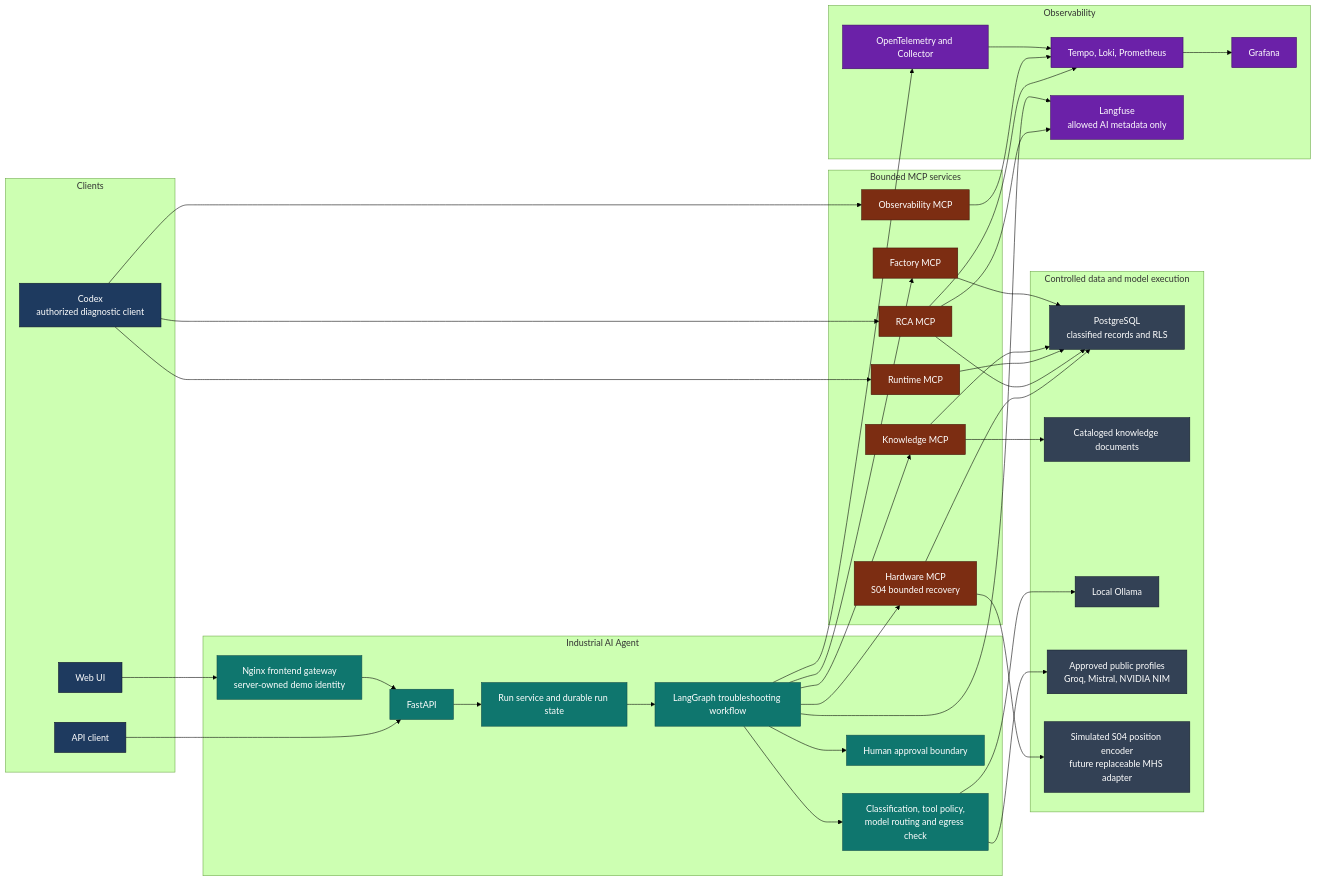
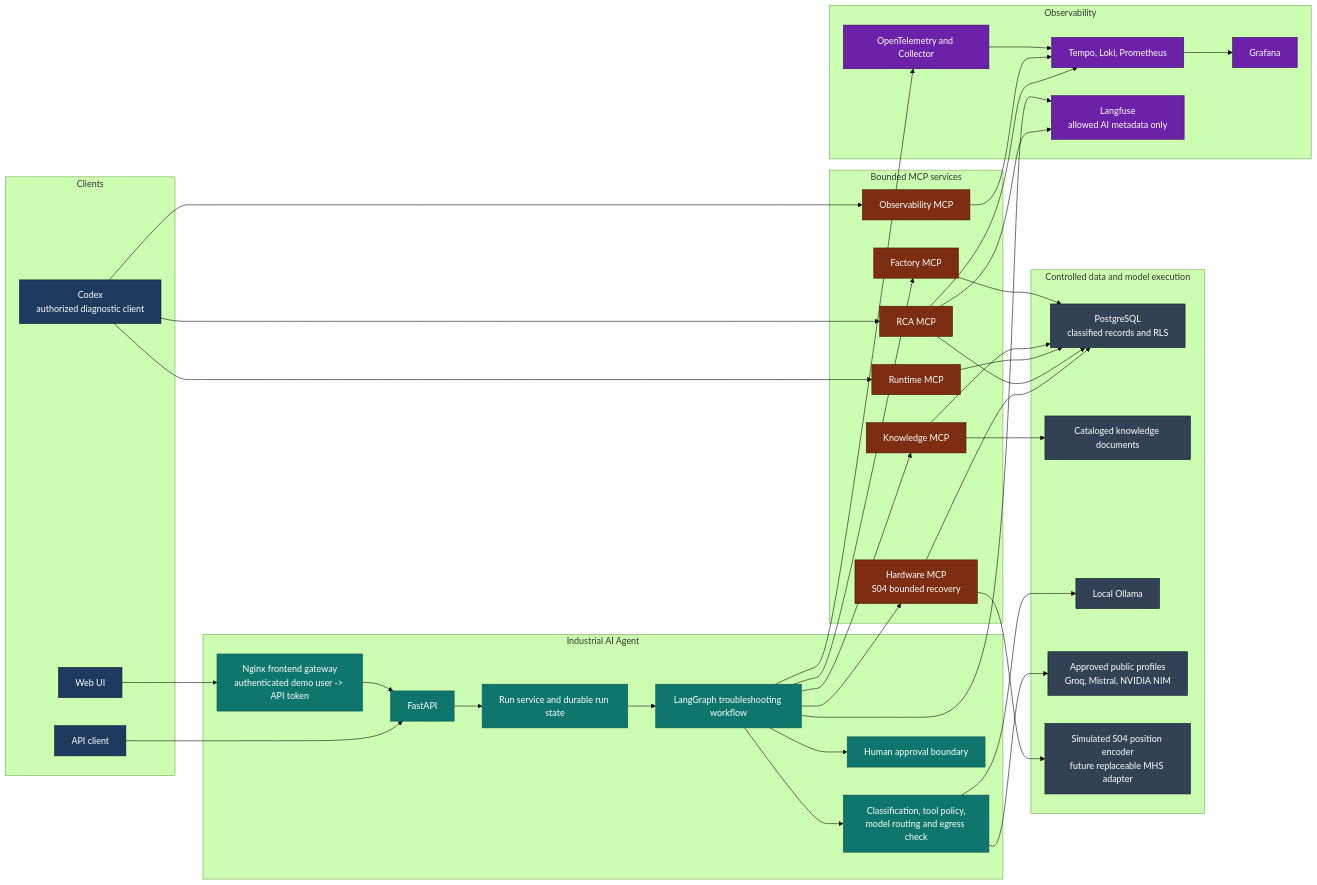
The first of 21 diagrams in docs/architecture/overview.md (aboerzel/industrial-ai-agent), drawn with Mermaid (forest theme) before and after one commit. The commit also changed other lines of this file and 19 other files, not shown here.

````diff
--- a/docs/architecture/overview.md
+++ b/docs/architecture/overview.md
@@ -5,79 +5,79 @@
 ```mermaid
 flowchart LR
     subgraph Clients["Clients"]
         UI["Web UI"]
         APIClient["API client"]
         Codex["Codex<br/>authorized diagnostic client"]
     end
 
     subgraph Application["Industrial AI Agent"]
-        Gateway["Nginx frontend gateway<br/>server-owned demo identity"]
+        Gateway["Nginx frontend gateway<br/>authenticated demo user -> API token"]
         API["FastAPI"]
         Run["Run service and durable run state"]
         Agent["LangGraph troubleshooting workflow"]
         Policy["Classification, tool policy,<br/>model routing and egress check"]
         HITL["Human approval boundary"]
     end
 
     subgraph MCP["Bounded MCP services"]
         Factory["Factory MCP"]
         Knowledge["Knowledge MCP"]
         Runtime["Runtime MCP"]
         Observe["Observability MCP"]
         RCA["RCA MCP"]
         Hardware["Hardware MCP\nS04 bounded recovery"]
     end
 
     subgraph Data["Controlled data and model execution"]
         Postgres["PostgreSQL<br/>classified records and RLS"]
         Documents["Cataloged knowledge documents"]
         Local["Local Ollama"]
         Public["Approved public profiles<br/>Groq, Mistral, NVIDIA NIM"]
         Device["Simulated S04 position encoder<br/>future replaceable MHS adapter"]
     end
 
     subgraph Telemetry["Observability"]
         OTel["OpenTelemetry and Collector"]
         Backends["Tempo, Loki, Prometheus"]
         Grafana["Grafana"]
         Langfuse["Langfuse<br/>allowed AI metadata only"]
     end
 
     UI --> Gateway --> API
     APIClient --> API
     API --> Run --> Agent
     Agent --> Policy
     Agent --> Factory
     Agent --> Knowledge
     Agent --> HITL
     Agent --> Hardware
     Factory --> Postgres
     Knowledge --> Postgres
     Knowledge --> Documents
     Policy --> Local
     Policy --> Public
     Agent --> OTel
     OTel --> Backends --> Grafana
     Agent --> Langfuse
     Codex --> Runtime
     Codex --> Observe
     Codex --> RCA
     Runtime --> Postgres
     Observe --> Backends
     RCA --> Postgres
     RCA --> Backends
     RCA --> Langfuse
     Hardware --> Postgres
     Hardware --> Device
 
     classDef client fill:#1e3a5f,stroke:#0f172a,color:#ffffff
     classDef core fill:#0f766e,stroke:#134e4a,color:#ffffff
     classDef mcp fill:#7c2d12,stroke:#431407,color:#ffffff
     classDef data fill:#334155,stroke:#0f172a,color:#ffffff
     classDef telemetry fill:#6b21a8,stroke:#3b0764,color:#ffffff
     class UI,APIClient,Codex client
     class Gateway,API,Run,Agent,Policy,HITL core
     class Factory,Knowledge,Runtime,Observe,RCA,Hardware mcp
     class Postgres,Documents,Local,Public,Device data
     class OTel,Backends,Grafana,Langfuse telemetry
 ```
````
